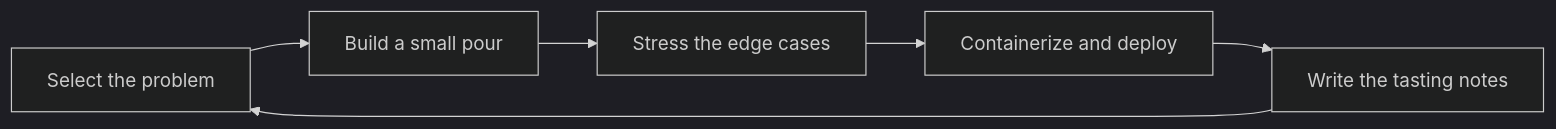
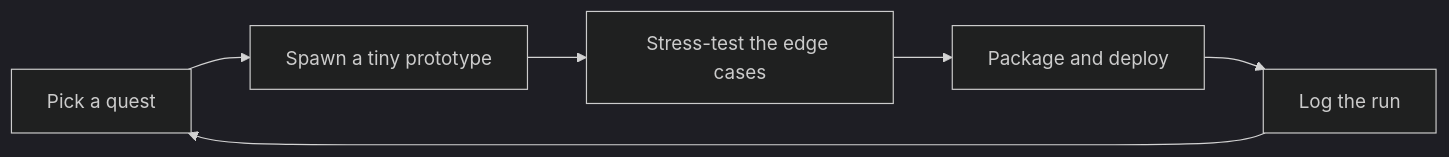
Before and after one commit to Ying-IROHA/Ying-IROHA: the diagram in README.md, drawn with Mermaid (dark theme). The commit also changed other lines of this file and 4 other files, not shown here.

````diff
--- a/README.md
+++ b/README.md
@@ -62,8 +134,8 @@
 ```mermaid
 flowchart LR
-    A["Select the problem"] --> B["Build a small pour"]
-    B --> C["Stress the edge cases"]
-    C --> D["Containerize and deploy"]
-    D --> E["Write the tasting notes"]
+    A["Pick a quest"] --> B["Spawn a tiny prototype"]
+    B --> C["Stress-test the edge cases"]
+    C --> D["Package and deploy"]
+    D --> E["Log the run"]
     E --> A
 ```
````
